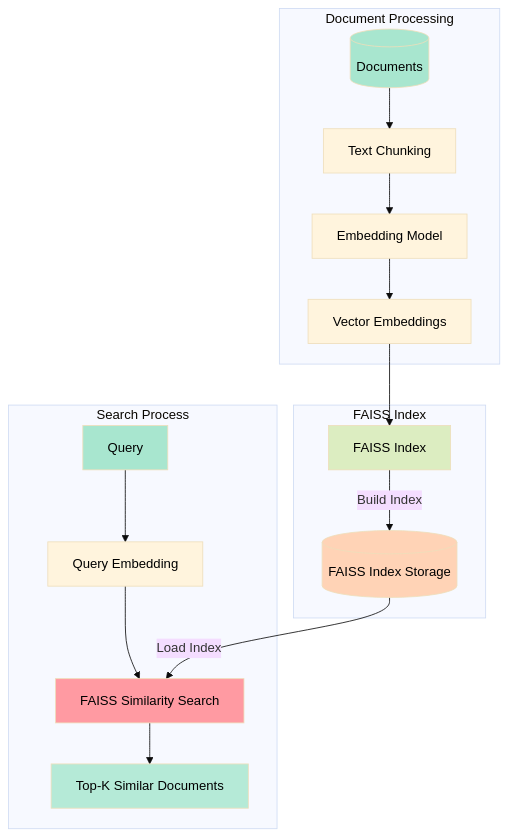
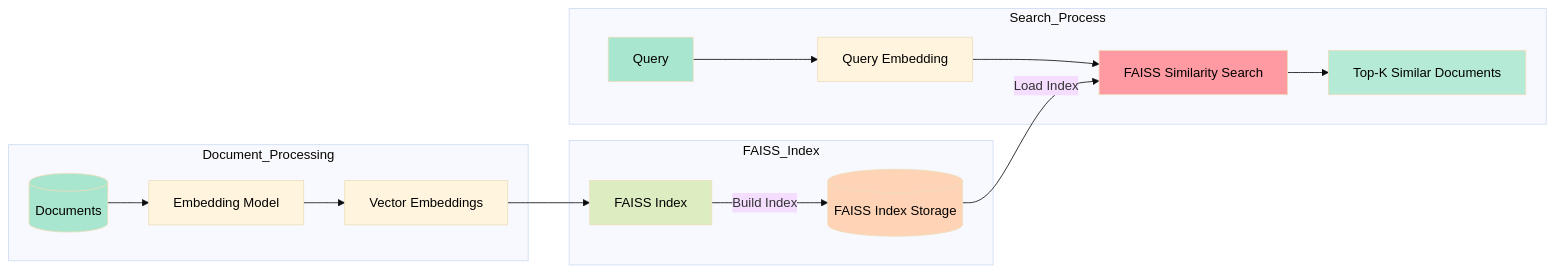
The second of 2 diagrams in README.md (Minerva142/DenseRetrievalProject), drawn with Mermaid (base theme) before and after one commit. The commit also changed other lines of this file, not shown here.

````diff
--- a/README.md
+++ b/README.md
@@ -110,33 +112,31 @@
 ```mermaid
-graph TD
-    subgraph Document Processing
-        D[(Documents)] --> T[Text Chunking]
-        T --> E[Embedding Model]
+graph LR
+    subgraph Document_Processing
+        D[(Documents)] --> E[Embedding Model]
         E --> V[Vector Embeddings]
     end
 
-    subgraph FAISS Index
+    subgraph FAISS_Index
         V --> I[FAISS Index]
         I -->|Build Index| IX[(FAISS Index Storage)]
     end
 
-    subgraph Search Process
+    subgraph Search_Process
         Q[Query] --> QE[Query Embedding]
         QE --> S[FAISS Similarity Search]
         IX -->|Load Index| S
         S --> R[Top-K Similar Documents]
     end
 
     style D fill:#a8e6cf,color:black
     style Q fill:#a8e6cf,color:black
     style IX fill:#ffd3b6,color:black
     style I fill:#dcedc1,color:black
     style S fill:#ff9aa2,color:black
     style R fill:#b5ead7,color:black
-    style T color:black
     style E color:black
     style V color:black
     style QE color:black
 
 
 ```
````
